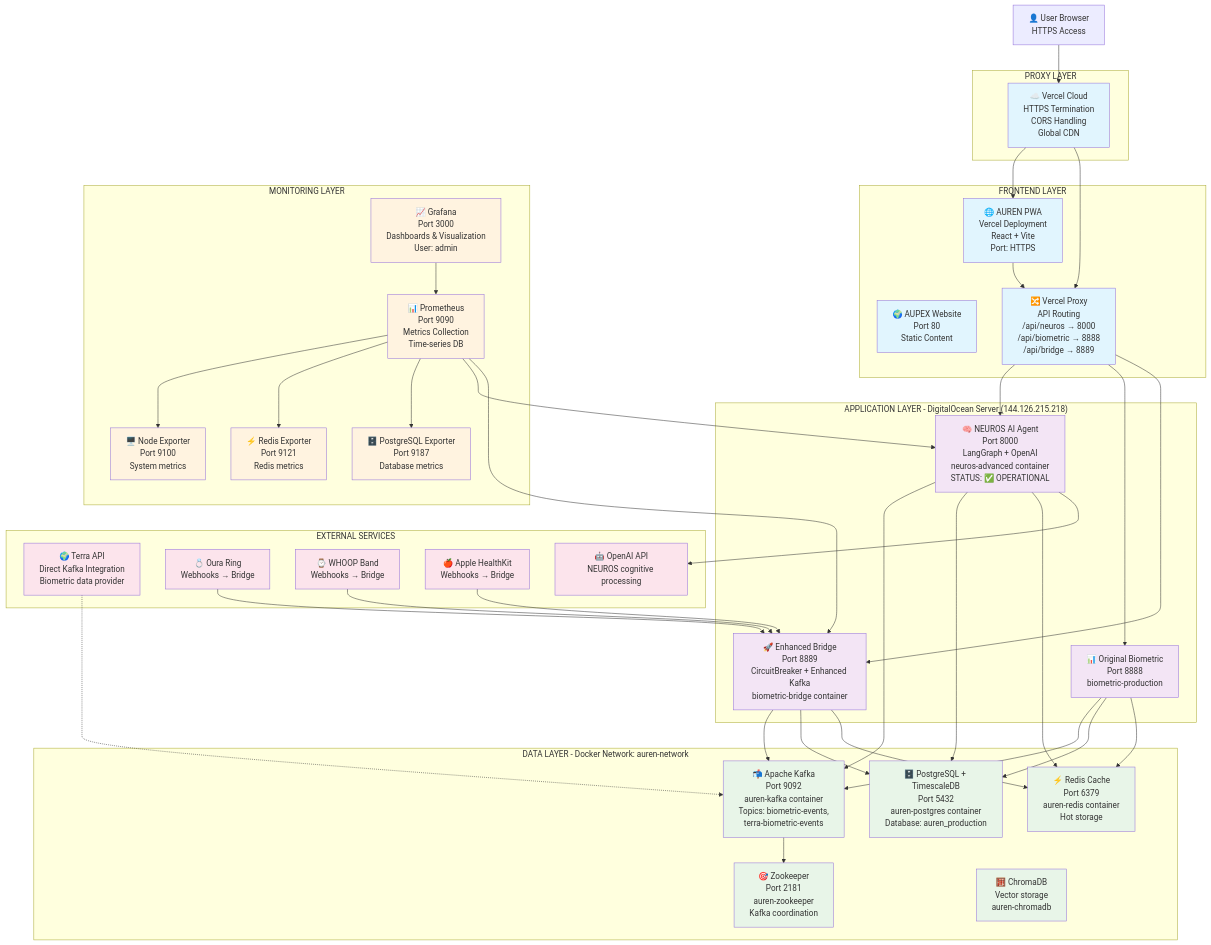
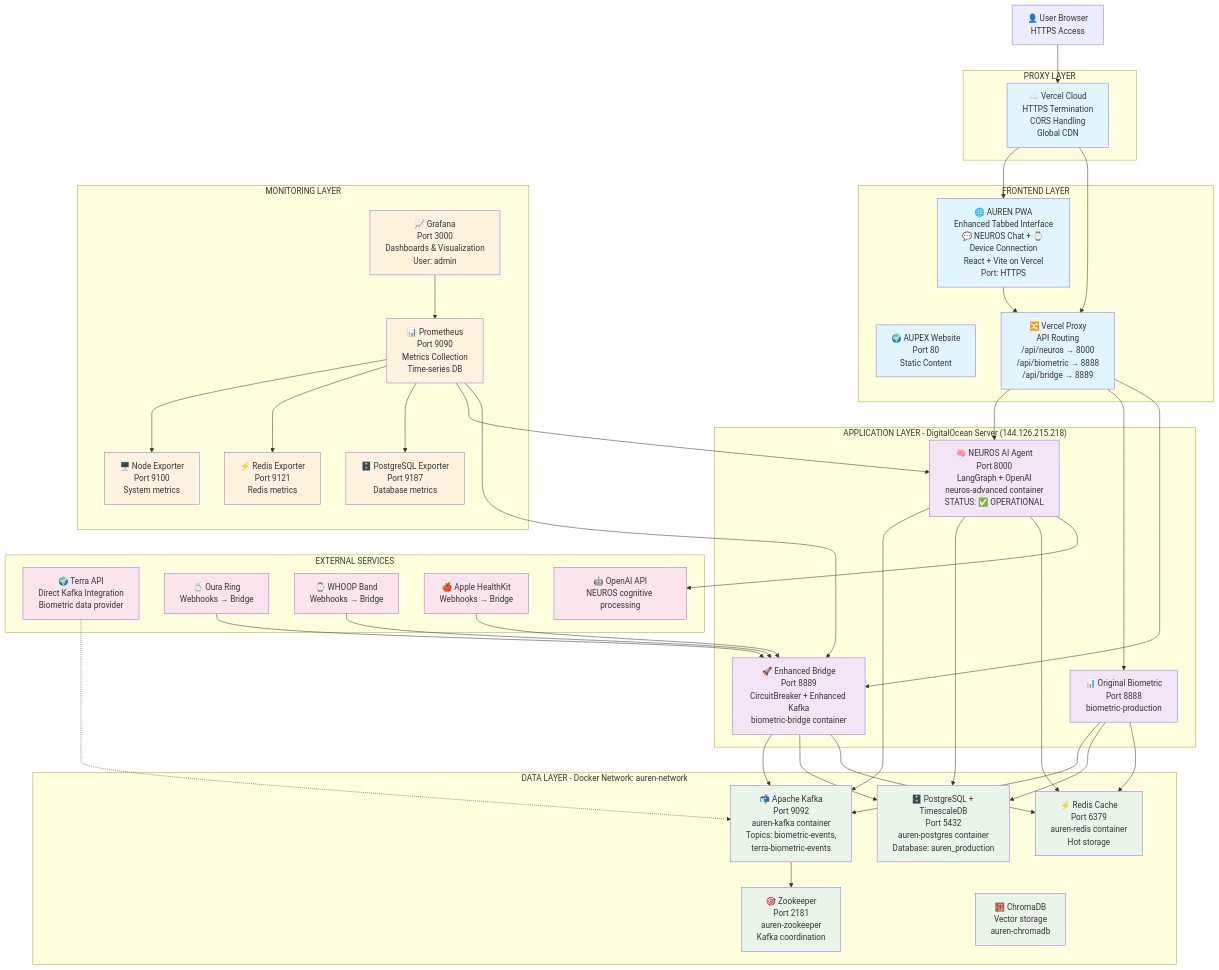
One commit to ASTXRTYS/Crewaistudio changed the diagram in AUREN_COMPLETE_SYSTEM_REFERENCE/README.md. Above: the diagram before and after it, drawn with Mermaid. The commit also changed other lines of this file and 3 other files, not shown here.

First line of the commit message:
docs: comprehensive documentation update for tabbed interface implementation

```diff
--- a/AUREN_COMPLETE_SYSTEM_REFERENCE/README.md
+++ b/AUREN_COMPLETE_SYSTEM_REFERENCE/README.md
@@ -28,7 +29,7 @@
 graph TB
     %% Frontend Layer
     subgraph "FRONTEND LAYER"
-        PWA["🌐 AUREN PWA<br/>Vercel Deployment<br/>React + Vite<br/>Port: HTTPS"]
+        PWA["🌐 AUREN PWA<br/>Enhanced Tabbed Interface<br/>💬 NEUROS Chat + ⌚ Device Connection<br/>React + Vite on Vercel<br/>Port: HTTPS"]
         WEBSITE["🌍 AUPEX Website<br/>Port 80<br/>Static Content"]
         PROXY["🔀 Vercel Proxy<br/>API Routing<br/>/api/neuros → 8000<br/>/api/biometric → 8888<br/>/api/bridge → 8889"]
     end
```
